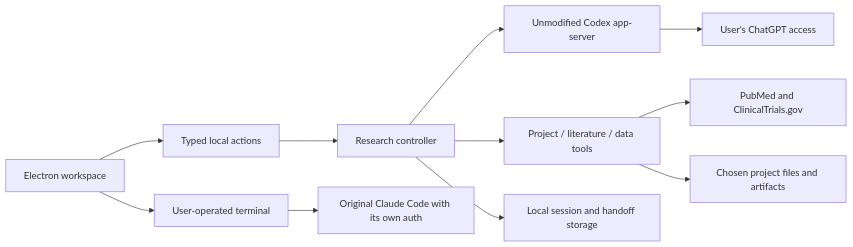
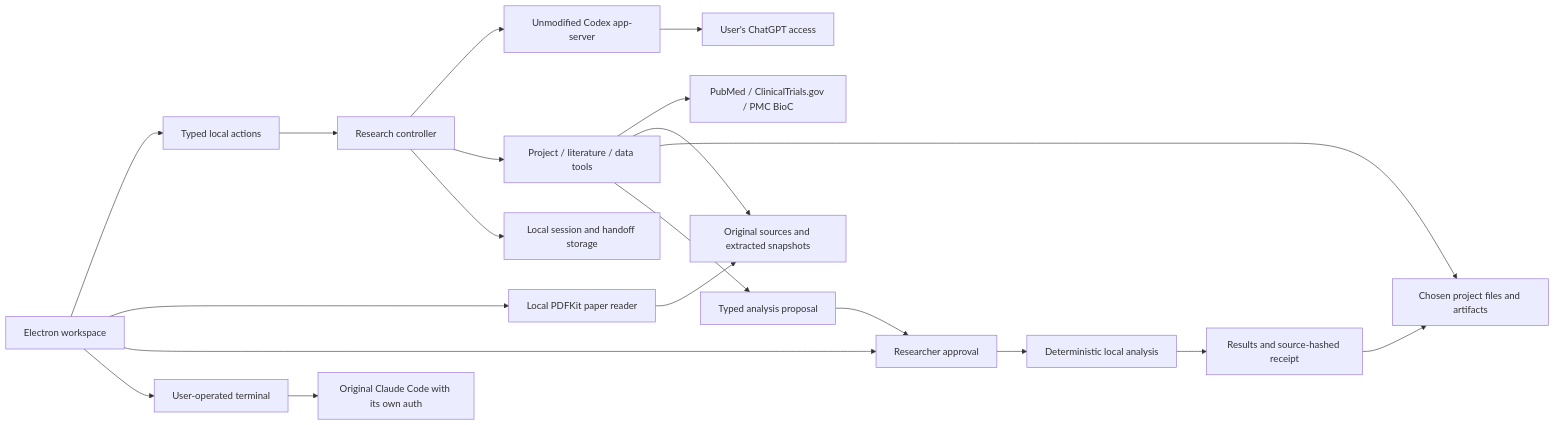
Before and after one commit to Adarsh-9182/nutritiscan-ai: the diagram in desktop/README.md, drawn with Mermaid. The commit also changed other lines of this file and 57 other files, not shown here.

````diff
--- a/desktop/README.md
+++ b/desktop/README.md
@@ -68,13 +141,22 @@
 ```mermaid
 flowchart LR
   UI[Electron workspace] --> IPC[Typed local actions]
   IPC --> Agent[Research controller]
   Agent --> Codex[Unmodified Codex app-server]
   Codex --> Plan[User's ChatGPT access]
   Agent --> Tools[Project / literature / data tools]
-  Tools --> Evidence[PubMed and ClinicalTrials.gov]
+  Tools --> Evidence[PubMed / ClinicalTrials.gov / PMC BioC]
+  UI --> Reader[Local PDFKit paper reader]
+  Reader --> Snapshots[Original sources and extracted snapshots]
+  Tools --> Snapshots
   Tools --> Files[Chosen project files and artifacts]
+  Tools --> Proposal[Typed analysis proposal]
+  UI --> Approval[Researcher approval]
+  Approval --> Engine[Deterministic local analysis]
+  Proposal --> Approval
+  Engine --> Receipt[Results and source-hashed receipt]
+  Receipt --> Files
   Agent --> State[Local session and handoff storage]
   UI --> PTY[User-operated terminal]
   PTY --> Claude[Original Claude Code with its own auth]
 ```
````
